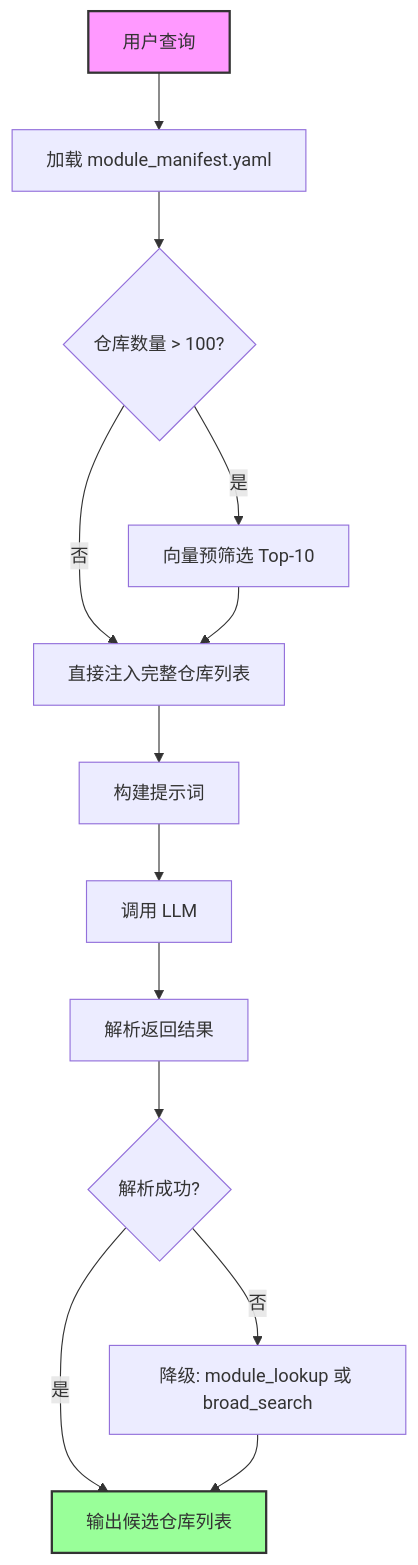
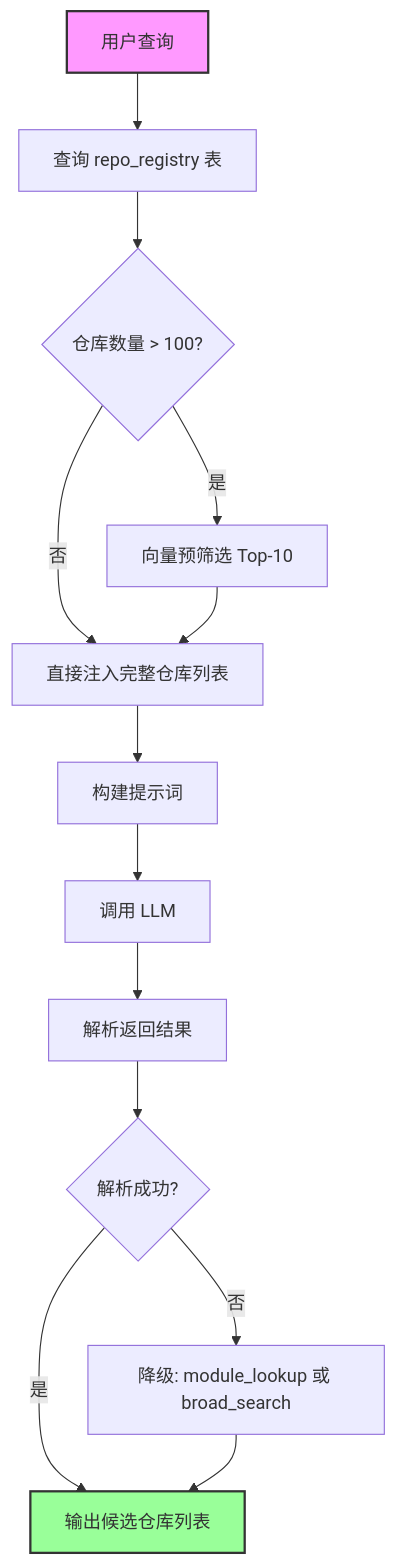
Before and after one commit to leizhuang1332/SPMA: the third of 4 diagrams in docs/designs/SPMA-design-13-industry-research-code-location.md, drawn with Mermaid. The commit also changed other lines of this file, not shown here.

First line of the commit message:
docs(design-13): 取消 module_manifest.yaml，直接落地 repo_registry 表

````diff
--- a/docs/designs/SPMA-design-13-industry-research-code-location.md
+++ b/docs/designs/SPMA-design-13-industry-research-code-location.md
@@ -1119,20 +1180,20 @@
 ```mermaid
 flowchart TD
-    A[用户查询] --> B[加载 module_manifest.yaml]
+    A[用户查询] --> B[查询 repo_registry 表]
     B --> C{仓库数量 > 100?}
 
     C -->|否| D[直接注入完整仓库列表]
     C -->|是| E[向量预筛选 Top-10]
     E --> D
 
     D --> F[构建提示词]
     F --> G[调用 LLM]
     G --> H[解析返回结果]
     H --> I{解析成功?}
     I -->|否| J[降级: module_lookup 或 broad_search]
     I -->|是| K[输出候选仓库列表]
     J --> K
 
     style A fill:#f9f,stroke:#333,stroke-width:2px
     style K fill:#9f9,stroke:#333,stroke-width:2px
 ```
````
